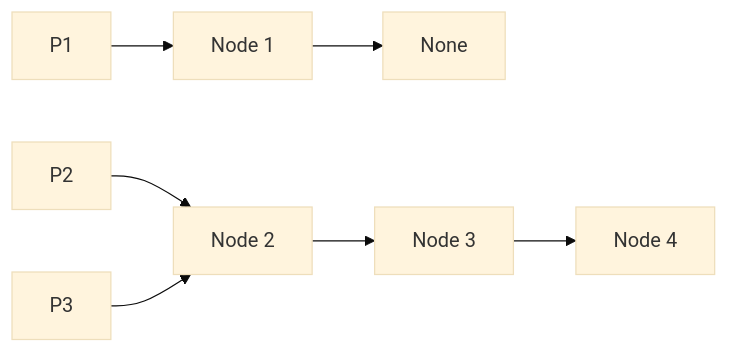
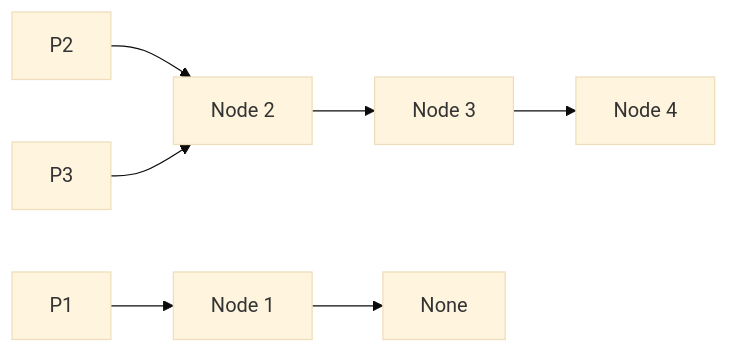
One commit to davidanukam/LeetCode-Learning changed the third of 3 diagrams in Linked List/206. Reverse Linked List.md. Above: the diagram before and after it, drawn with Mermaid (base theme). The commit also changed other lines of this file, not shown here.

````diff
--- a/Linked List/206. Reverse Linked List.md
+++ b/Linked List/206. Reverse Linked List.md
@@ -53,10 +65,11 @@
 ```mermaid
 flowchart LR    
-    A[Node 1] --> None[None]
     B --> C[Node 3]
     C --> D[Node 4]
     
-    P1 --> A
     P2[P2] --> B[Node 2]
     P3[P3] --> B
+    
+    P1 --> A
+    A[Node 1] --> None[None]
 ```
````
